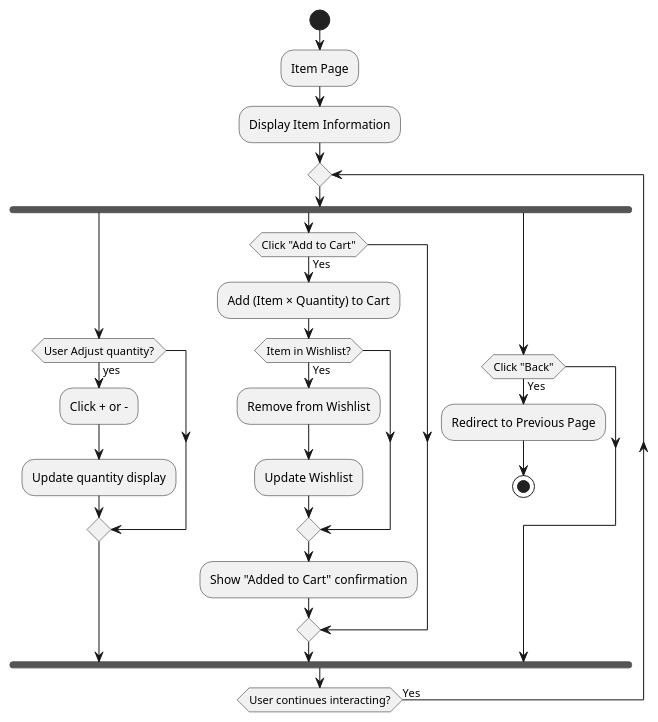
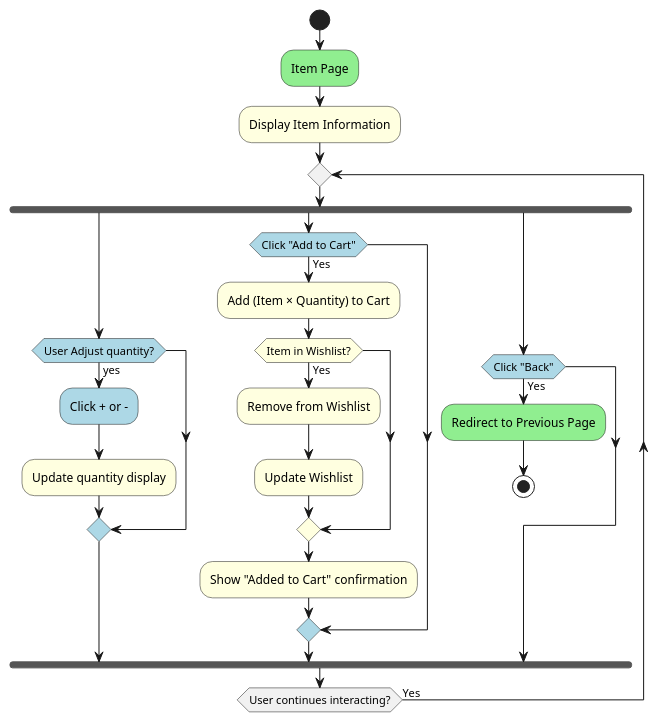
Before and after one commit to MuhannadYazbak/ecommerce: the diagram in src/components/itemview/ItemByIdDiagram.puml, drawn with PlantUML. The commit also changed 13 other files, not shown here.

Commit message:
Activity PlantUML for all pages

```diff
--- a/src/components/itemview/ItemByIdDiagram.puml
+++ b/src/components/itemview/ItemByIdDiagram.puml
@@ -1,28 +1,28 @@
 @startuml ItemByIdDiagram
 start
-:Item Page;
-:Display Item Information;
+#lightgreen:Item Page;
+#lightyellow:Display Item Information;
 
 repeat
     fork
-        if (User Adjust quantity?) then (yes)
-            :Click + or -;
-            :Update quantity display;
+        #lightblue:if (User Adjust quantity?) then (yes)
+            #lightblue:Click + or -;
+            #lightyellow:Update quantity display;
         endif
     fork again
-        if (Click "Add to Cart") then (Yes)
-        :Add (Item × Quantity) to Cart;
-        if (Item in Wishlist?) then (Yes)
-            :Remove from Wishlist;
-            :Update Wishlist;
+        #lightblue:if (Click "Add to Cart") then (Yes)
+        #lightyellow:Add (Item × Quantity) to Cart;
+        #lightyellow:if (Item in Wishlist?) then (Yes)
+            #lightyellow:Remove from Wishlist;
+            #lightyellow:Update Wishlist;
         endif
-        :Show "Added to Cart" confirmation;
+        #lightyellow:Show "Added to Cart" confirmation;
         endif
     fork again
-        if (Click "Back") then (Yes)
-        :Redirect to Previous Page;
+        #lightblue:if (Click "Back") then (Yes)
+        #lightgreen:Redirect to Previous Page;
         stop
         endif
     end fork
 repeat while (User continues interacting?) is (Yes)
 @enduml
```
